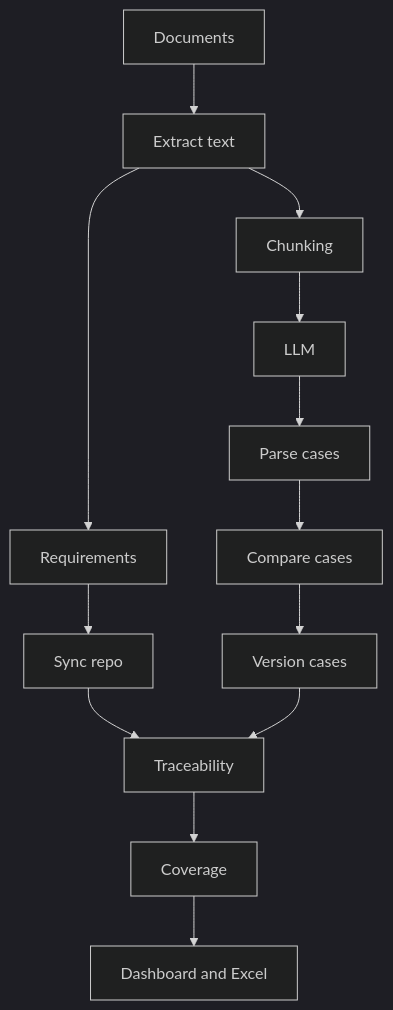
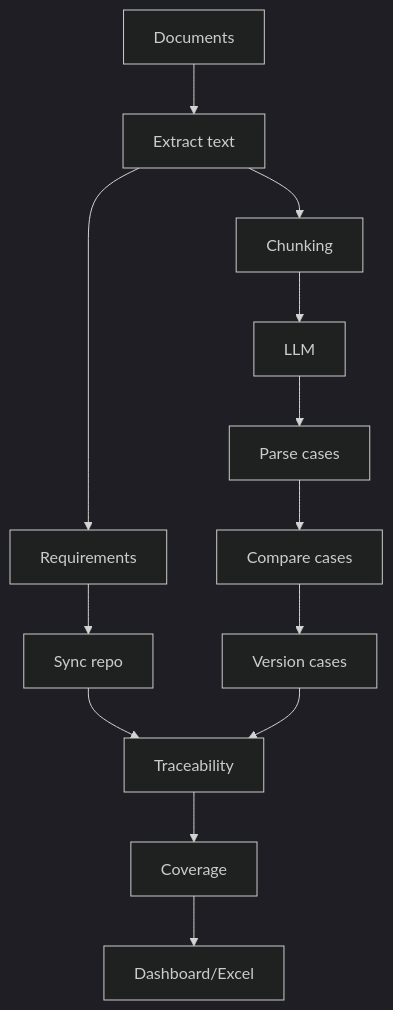
The diagram in ai-assistants/02-rare-requirement-assistant/README.md (bbopaiahh/ai-quality-portfolio), drawn with Mermaid (dark theme) before and after one commit.

Commit message:
Fit RARE final diagram label
Shorten the final node label so the complete diagram is readable.

````diff
--- a/ai-assistants/02-rare-requirement-assistant/README.md
+++ b/ai-assistants/02-rare-requirement-assistant/README.md
@@ -50,15 +50,15 @@
 ```mermaid
 flowchart TD
     A[Documents] --> B[Extract text]
     B --> C[Requirements]
     C --> D[Sync repo]
     B --> E[Chunking]
     E --> F[LLM]
     F --> G[Parse cases]
     G --> H[Compare cases]
     H --> I[Version cases]
     D --> J[Traceability]
     I --> J
     J --> K[Coverage]
-    K --> L[Dashboard and Excel]
+    K --> L[Dashboard/Excel]
 ```
````
